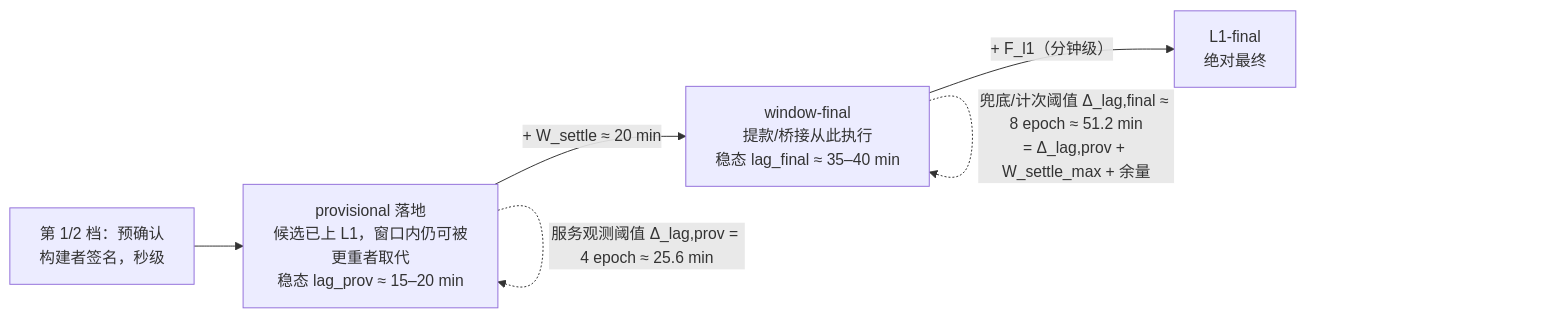
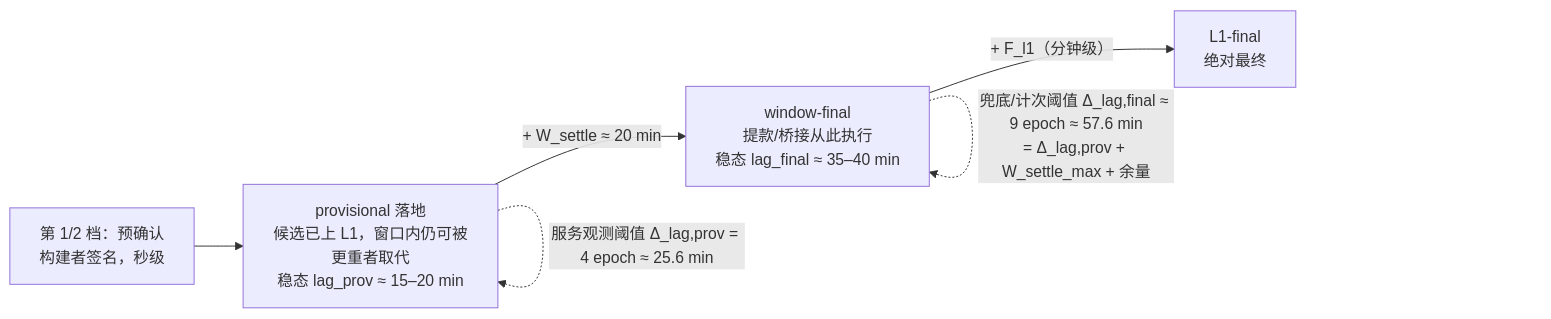
The sixth of 10 diagrams in packages/protocol/docs/preconfirmation-v2/slot-chain-spec.md (taikoxyz/taiko-mono), drawn with Mermaid before and after one commit. The commit also changed other lines of this file and 6 other files, not shown here.

First line of the commit message:
docs(protocol): slot-chain spec v1.46 — de-vacuous model invariant checks (recalibrating Δ_lag,final), queue-append property, HTML drift guard

````diff
--- a/packages/protocol/docs/preconfirmation-v2/slot-chain-spec.md
+++ b/packages/protocol/docs/preconfirmation-v2/slot-chain-spec.md
@@ -758,8 +764,8 @@
   ```mermaid
   flowchart LR
       P1["第 1/2 档：预确认<br/>构建者签名，秒级"] --> P2["provisional 落地<br/>候选已上 L1，窗口内仍可被更重者取代<br/>稳态 lag_prov ≈ 15–20 min"]
       P2 -->|"+ W_settle ≈ 20 min"| P3["window-final<br/>提款/桥接从此执行<br/>稳态 lag_final ≈ 35–40 min"]
       P3 -->|"+ F_l1（分钟级）"| P4["L1-final<br/>绝对最终"]
       P2 -.->|"服务观测阈值 Δ_lag,prov = 4 epoch ≈ 25.6 min"| P2
-      P3 -.->|"兜底/计次阈值 Δ_lag,final ≈ 8 epoch ≈ 51.2 min<br/>= Δ_lag,prov + W_settle_max + 余量"| P3
+      P3 -.->|"兜底/计次阈值 Δ_lag,final ≈ 9 epoch ≈ 57.6 min<br/>= Δ_lag,prov + W_settle_max + 余量"| P3
   ```
````
